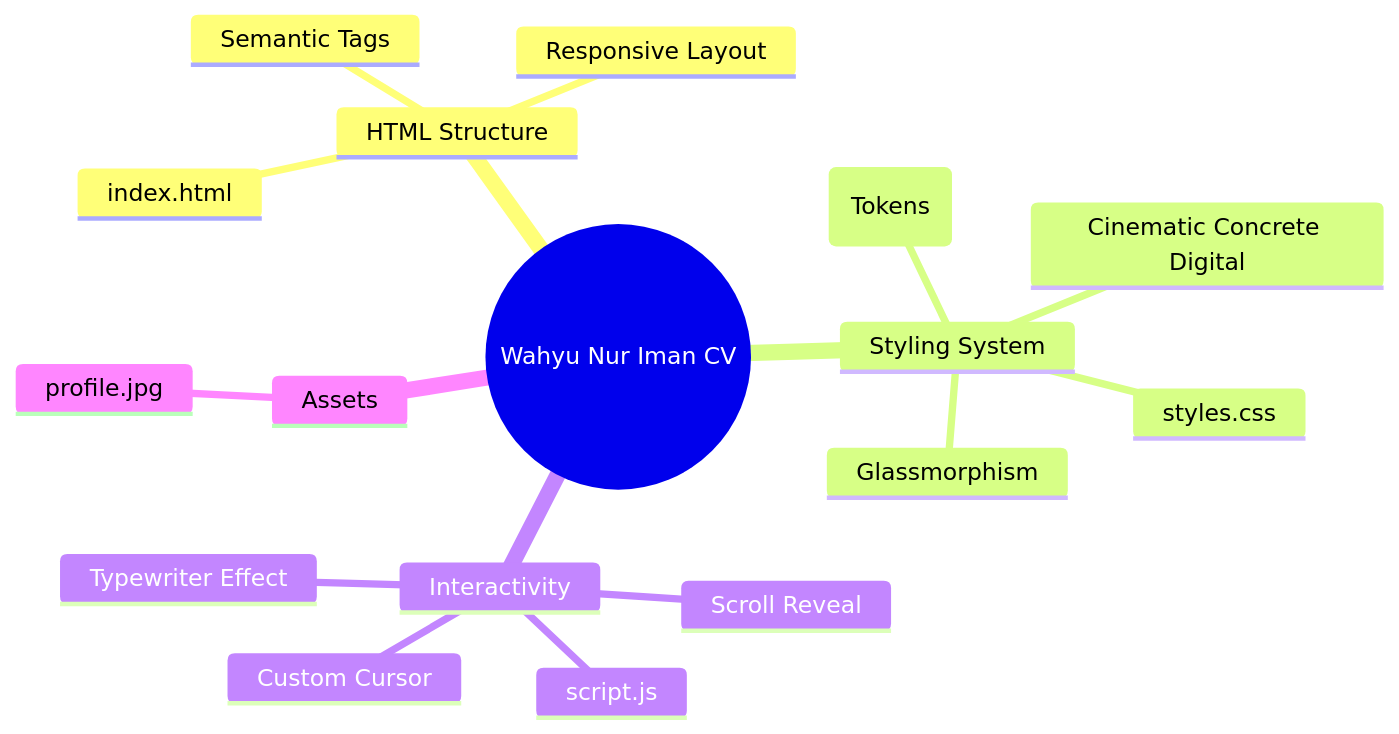
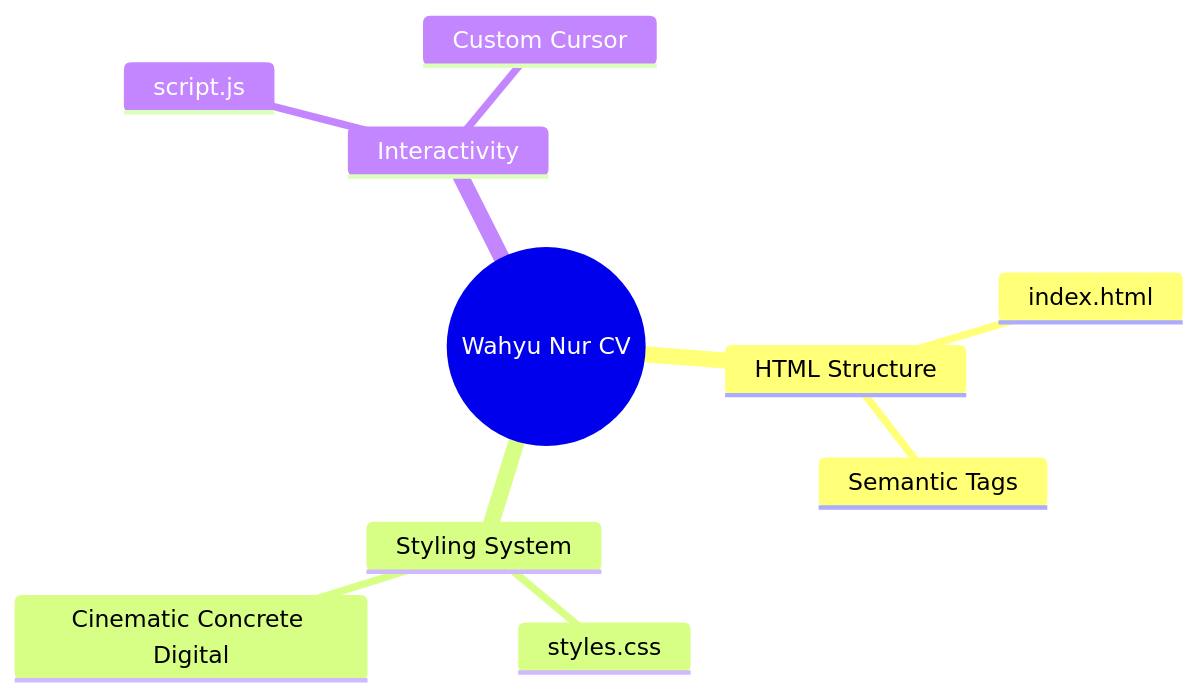
Before and after one commit to wahyunuriman999/Curriculum-Vitae-Wahyu-Nur-Iman: the diagram in README.md, drawn with Mermaid. The commit also changed other lines of this file, not shown here.

````diff
--- a/README.md
+++ b/README.md
@@ -21,20 +68,13 @@
 ```mermaid
 mindmap
-  root((Wahyu Nur Iman CV))
+  root((Wahyu Nur CV))
     HTML Structure
       index.html
       Semantic Tags
-      Responsive Layout
     Styling System
       styles.css
       Cinematic Concrete Digital
-      Glassmorphism
-      CSS Variables (Tokens)
     Interactivity
       script.js
       Custom Cursor
-      Typewriter Effect
-      Scroll Reveal
-    Assets
-      profile.jpg
 ```
````
